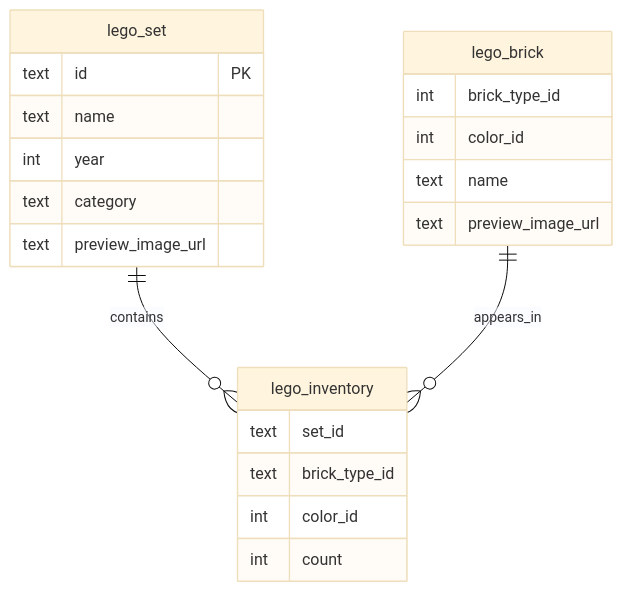
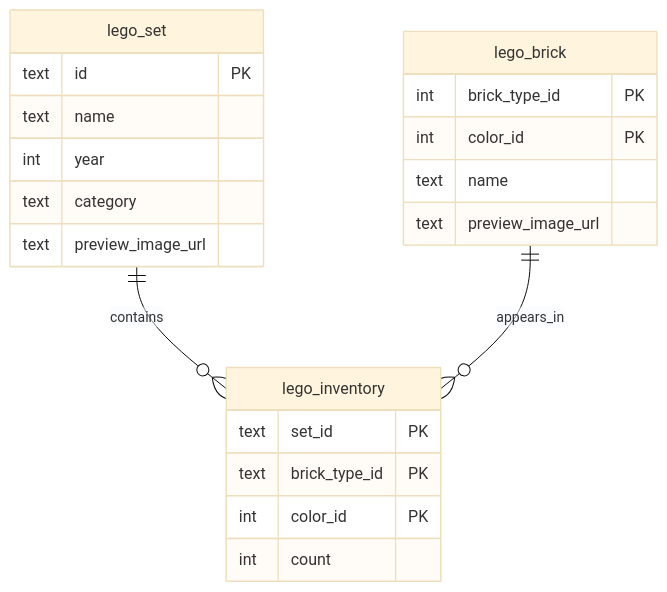
The second of 2 diagrams in report.md (KineKE/dave3606-lego-catalog), drawn with Mermaid (base theme) before and after one commit. The commit also changed other lines of this file and 3 other files, not shown here.

````diff
--- a/report.md
+++ b/report.md
@@ -90,28 +90,27 @@
 ```mermaid
 erDiagram
   lego_set {
     text id PK
     text name
     int year
     text category
     text preview_image_url
   }
 
   lego_brick {
-    int brick_type_id
-    int color_id
+    int brick_type_id PK
+    int color_id PK
     text name
     text preview_image_url
   }
 
   lego_inventory {
-    text set_id
-    text brick_type_id
-    int color_id
+    text set_id PK
+    text brick_type_id PK
+    int color_id PK
     int count
   }
 
   lego_set ||--o{ lego_inventory : contains
   lego_brick ||--o{ lego_inventory : appears_in
-
 ```
````
